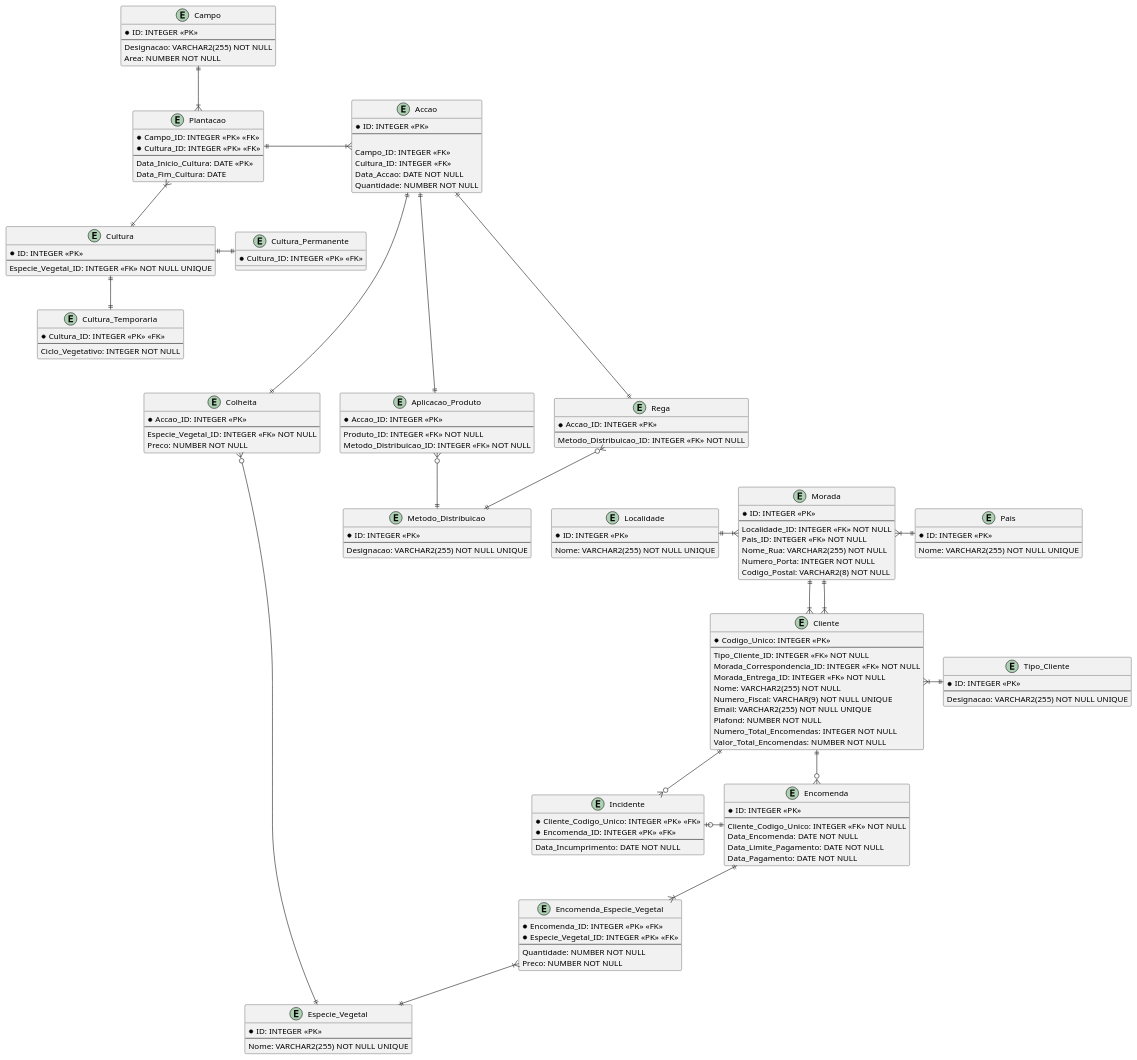
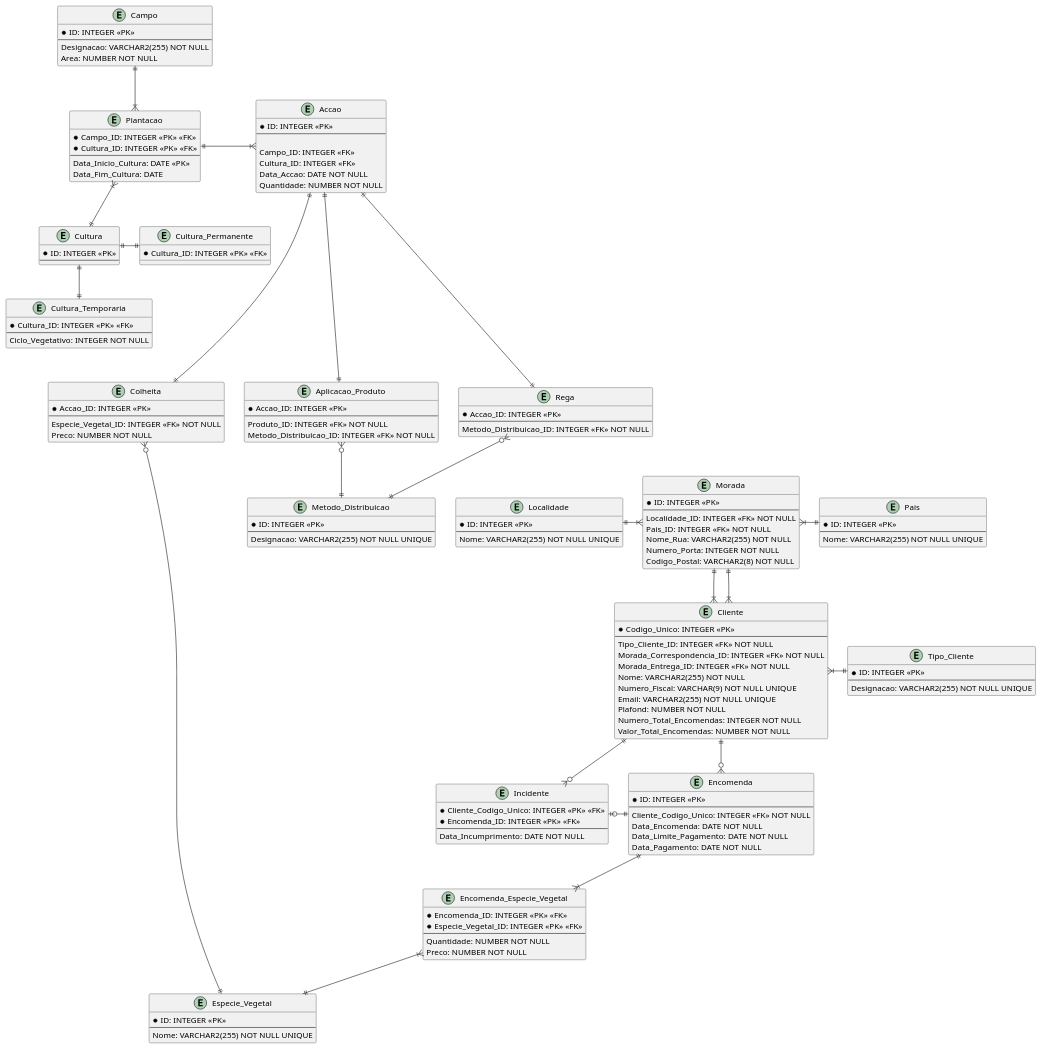
The diagram in BDDAD/Quinta-Finanças.puml (Mendoncaa/LAPR3), drawn with PlantUML before and after one commit. The commit also changed 1 other file, not shown here.

```diff
--- a/BDDAD/Quinta-Finanças.puml
+++ b/BDDAD/Quinta-Finanças.puml
@@ -1,193 +1,192 @@
 @startuml Quinta-Finanças
 
 /'TODO #1:- Verificar se a Designação de um Campo é única e se estas 
 devem seguir um conjunto de regras;'/
 /'TODO #2:- Determinar o valor minímo de uma qualquer Área;'/
 /'Constraints:- [[Area, CHECK(Area > Mínimo)]]'/
 entity Campo {
     * ID: INTEGER <<PK>>
     --
     Designacao: VARCHAR2(255) NOT NULL
     Area: NUMBER NOT NULL
 }
 
 /'Triggers:-
     #1: Verificar que uma Cultura não é simultaneamente uma Cultura_Temporaria
     e Cultura_Permanente;'/
 entity Cultura {
     * ID: INTEGER <<PK>>
     --
-    Especie_Vegetal_ID: INTEGER <<FK>> NOT NULL UNIQUE
 }
 
 /'Contraints:- [[Ciclo_Vegetativo, CHECK(Ciclo_Vegetativo > 0)], 
 [Ciclo_Vegetativo, CHECK(Ciclo_Vegetativo < 12)]]'/
 entity Cultura_Temporaria {
     * Cultura_ID: INTEGER <<PK>> <<FK>>
     --
     Ciclo_Vegetativo: INTEGER NOT NULL
 }
 
 entity Cultura_Permanente {
     * Cultura_ID: INTEGER <<PK>> <<FK>>
 }
 
 /'Constraints:- [[Campo_ID, Data_Inicio_Cultura, UNIQUE(Campo_ID, Data_Inicio_Cultura)], 
 [Data_Fim_Cultura, CHECK(Data_Fim_Cultura < Data_Inicio_Cultura)]]'/
 entity Plantacao {
     * Campo_ID: INTEGER <<PK>> <<FK>>
     * Cultura_ID: INTEGER <<PK>> <<FK>>
     --
     Data_Inicio_Cultura: DATE <<PK>>
     Data_Fim_Cultura: DATE
 }
 
 entity Especie_Vegetal {
     * ID: INTEGER <<PK>>
     --
     Nome: VARCHAR2(255) NOT NULL UNIQUE
 }
 
 entity Tipo_Cliente {
     * ID: INTEGER <<PK>>
     --
     Designacao: VARCHAR2(255) NOT NULL UNIQUE
 }
 
 /'Constraints:- [[Numero_Fiscal, CHECK(Numero_Fiscal LIKE "[0-9]{9}")], 
 [Email, CHECK(Email LIKE "[a-z][0-9a-z]*@[a-z]+\.[a-z]")]]'/
 entity Cliente {
     * Codigo_Unico: INTEGER <<PK>>
     --
     Tipo_Cliente_ID: INTEGER <<FK>> NOT NULL
     Morada_Correspondencia_ID: INTEGER <<FK>> NOT NULL
     Morada_Entrega_ID: INTEGER <<FK>> NOT NULL
     Nome: VARCHAR2(255) NOT NULL
     Numero_Fiscal: VARCHAR(9) NOT NULL UNIQUE
     Email: VARCHAR2(255) NOT NULL UNIQUE
     Plafond: NUMBER NOT NULL
     Numero_Total_Encomendas: INTEGER NOT NULL
     Valor_Total_Encomendas: NUMBER NOT NULL
 }
 
 /'Constraints:- [[Numero_Porta, CHECK(Numero_Porta > 0)], 
 [Codigo_Postal, CHECK(Codigo_Postal LIKE "[0-9]{4}-[0-9]{3}")]]'/
 entity Morada {
     * ID: INTEGER <<PK>>
     --
     Localidade_ID: INTEGER <<FK>> NOT NULL
     Pais_ID: INTEGER <<FK>> NOT NULL
     Nome_Rua: VARCHAR2(255) NOT NULL
     Numero_Porta: INTEGER NOT NULL
     Codigo_Postal: VARCHAR2(8) NOT NULL
 }
 
 entity Localidade {
     * ID: INTEGER <<PK>>
     --
     Nome: VARCHAR2(255) NOT NULL UNIQUE
 }
 
 entity Pais {
     * ID: INTEGER <<PK>>
     --
     Nome: VARCHAR2(255) NOT NULL UNIQUE
 }
 
 entity Encomenda {
     * ID: INTEGER <<PK>>
     --
     Cliente_Codigo_Unico: INTEGER <<FK>> NOT NULL
     Data_Encomenda: DATE NOT NULL
     Data_Limite_Pagamento: DATE NOT NULL
     Data_Pagamento: DATE NOT NULL
 }
 
 /'Triggers:-
     #1:'/
 entity Incidente {
     * Cliente_Codigo_Unico: INTEGER <<PK>> <<FK>>
     * Encomenda_ID: INTEGER <<PK>> <<FK>>
     --
     Data_Incumprimento: DATE NOT NULL
 }
 
 entity Encomenda_Especie_Vegetal {
     * Encomenda_ID: INTEGER <<PK>> <<FK>>
     * Especie_Vegetal_ID: INTEGER <<PK>> <<FK>>
     --
     Quantidade: NUMBER NOT NULL
     Preco: NUMBER NOT NULL
 }
 
 /'Constraints:- [[Quantidade, CHECK(Quantidade > 0)]]'/
 entity Accao {
     * ID: INTEGER <<PK>>
     --
 
     Campo_ID: INTEGER <<FK>>
     Cultura_ID: INTEGER <<FK>>
     Data_Accao: DATE NOT NULL
     Quantidade: NUMBER NOT NULL
 }
 
 entity Metodo_Distribuicao {
     * ID: INTEGER <<PK>>
     --
     Designacao: VARCHAR2(255) NOT NULL UNIQUE
 }
 
 entity Rega {
     * Accao_ID: INTEGER <<PK>>
     --
     Metodo_Distribuicao_ID: INTEGER <<FK>> NOT NULL
 }
 
 entity Aplicacao_Produto {
     * Accao_ID: INTEGER <<PK>>
     --
     Produto_ID: INTEGER <<FK>> NOT NULL
     Metodo_Distribuicao_ID: INTEGER <<FK>> NOT NULL
 }
 
 entity Colheita {
     * Accao_ID: INTEGER <<PK>>
     --
     Especie_Vegetal_ID: INTEGER <<FK>> NOT NULL
     Preco: NUMBER NOT NULL
 }
 
 Campo ||-d-|{ Plantacao
 
 Cultura ||-u-|{ Plantacao
 Cultura ||-d-|| Cultura_Temporaria
 Cultura ||-r-|| Cultura_Permanente
 
 Plantacao ||-r-|{ Accao
 
 Tipo_Cliente ||-l-|{ Cliente
 
 Morada ||-d-|{ Cliente
 Morada ||-d-|{ Cliente
 
 Localidade ||-r-|{ Morada
 
 Pais ||-l-|{ Morada
 
 Cliente ||-d-o{ Encomenda
 Cliente ||-d-o{ Incidente
 
 Encomenda ||-l-o| Incidente
 Encomenda ||-d-|{ Encomenda_Especie_Vegetal
 
 Especie_Vegetal ||-u-|{ Encomenda_Especie_Vegetal
 Especie_Vegetal ||---u---o{ Colheita
 
 Accao ||--d--|| Rega
 Accao ||--d--|| Aplicacao_Produto
 Accao ||--d--|| Colheita
 
 Metodo_Distribuicao ||-u-o{ Rega
 Metodo_Distribuicao ||-u-o{ Aplicacao_Produto
 
 @enduml
```
